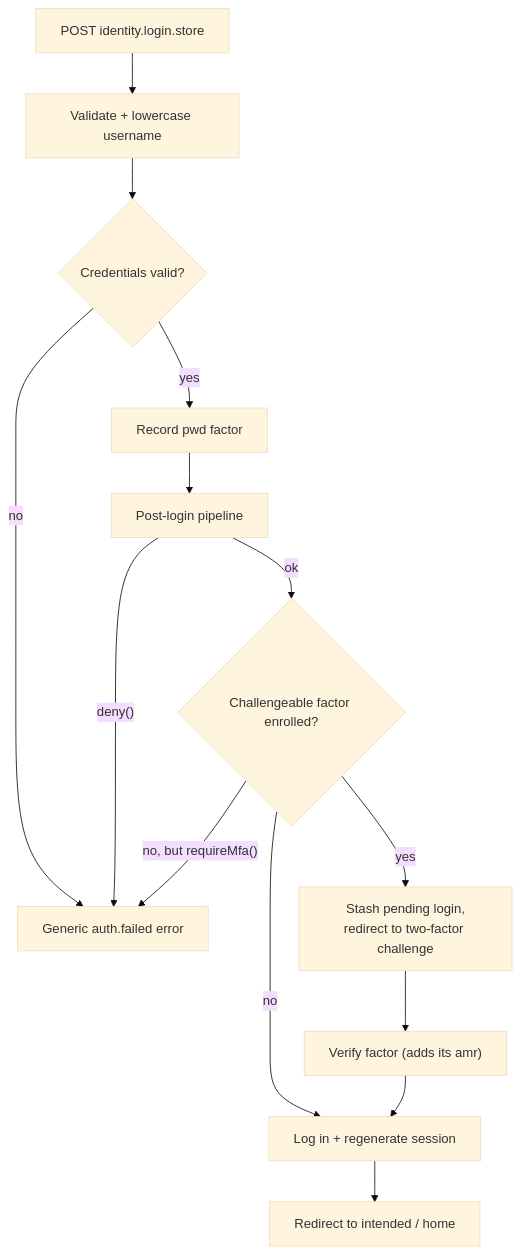
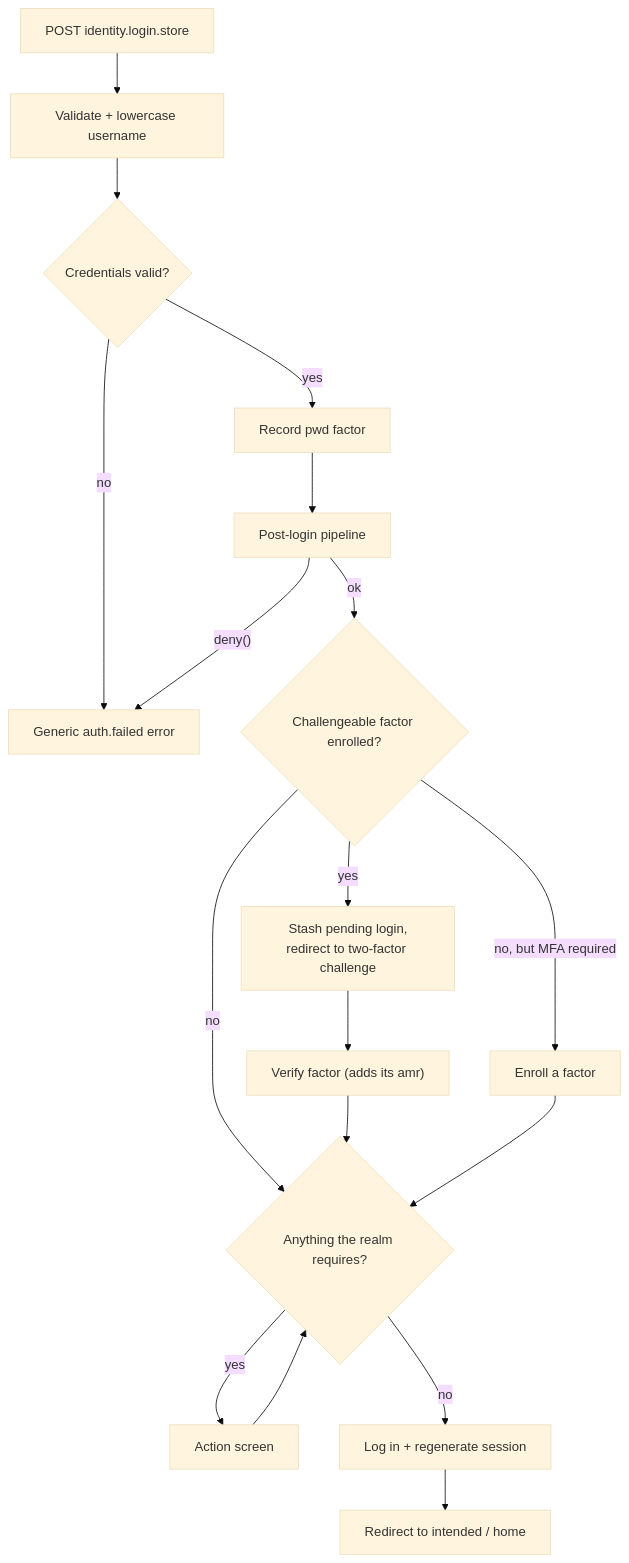
Before and after one commit to bambamboole/laravel-oidc: the diagram in docs/content/docs/auth/login.md, drawn with Mermaid (base theme). The commit also changed other lines of this file and 16 other files, not shown here.

First line of the commit message:
feat(server): refuse an authorization code while a required action is open

````diff
--- a/docs/content/docs/auth/login.md
+++ b/docs/content/docs/auth/login.md
@@ -41,16 +51,20 @@
 ```mermaid
 flowchart TD
     A["POST identity.login.store"] --> B["Validate + lowercase username"]
     B --> C{"Credentials valid?"}
     C -- no --> F["Generic auth.failed error"]
     C -- yes --> D["Record pwd factor"]
     D --> E["Post-login pipeline"]
     E -- "deny()" --> F
     E -- ok --> G{"Challengeable factor enrolled?"}
-    G -- "no, but requireMfa()" --> F
-    G -- no --> H["Log in + regenerate session"]
+    G -- "no, but MFA required" --> L["Enroll a factor"]
+    G -- no --> M
     G -- yes --> I["Stash pending login,<br/>redirect to two-factor challenge"]
     I --> J["Verify factor (adds its amr)"]
-    J --> H
+    J --> M
+    L --> M{"Anything the realm requires?"}
+    M -- yes --> N["Action screen"]
+    N --> M
+    M -- no --> H["Log in + regenerate session"]
     H --> K["Redirect to intended / home"]
 ```
````
